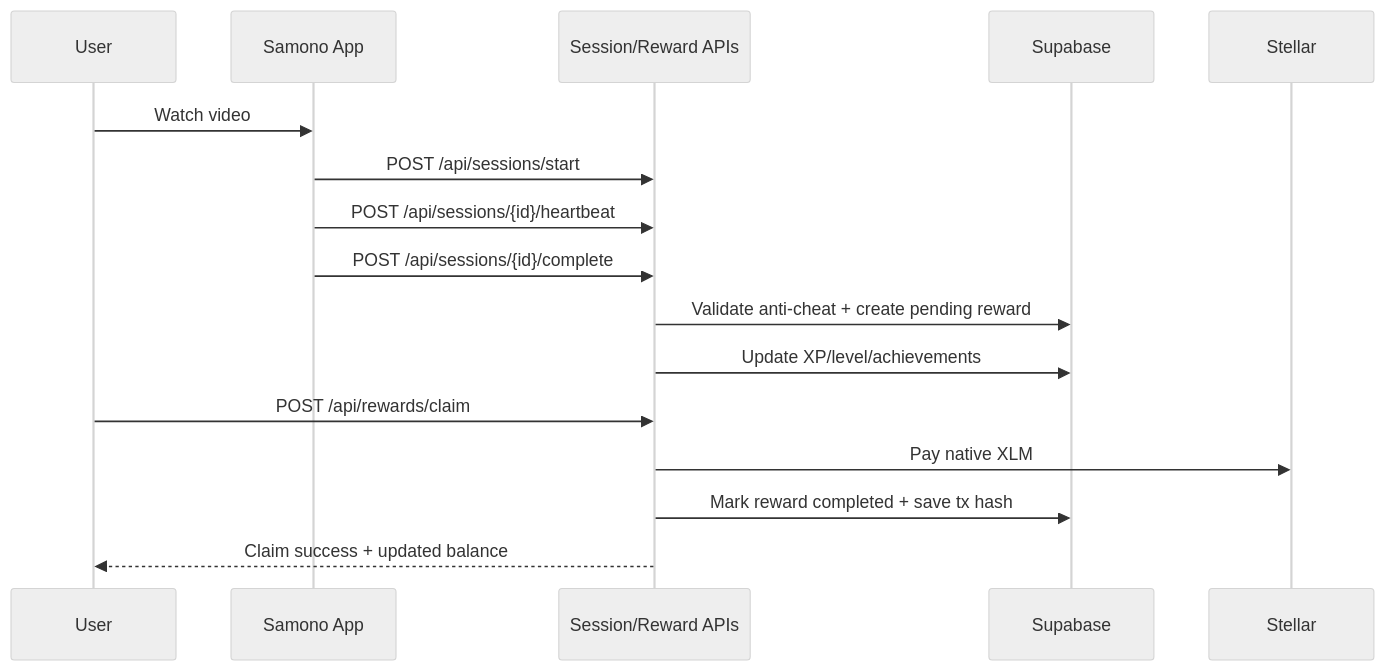
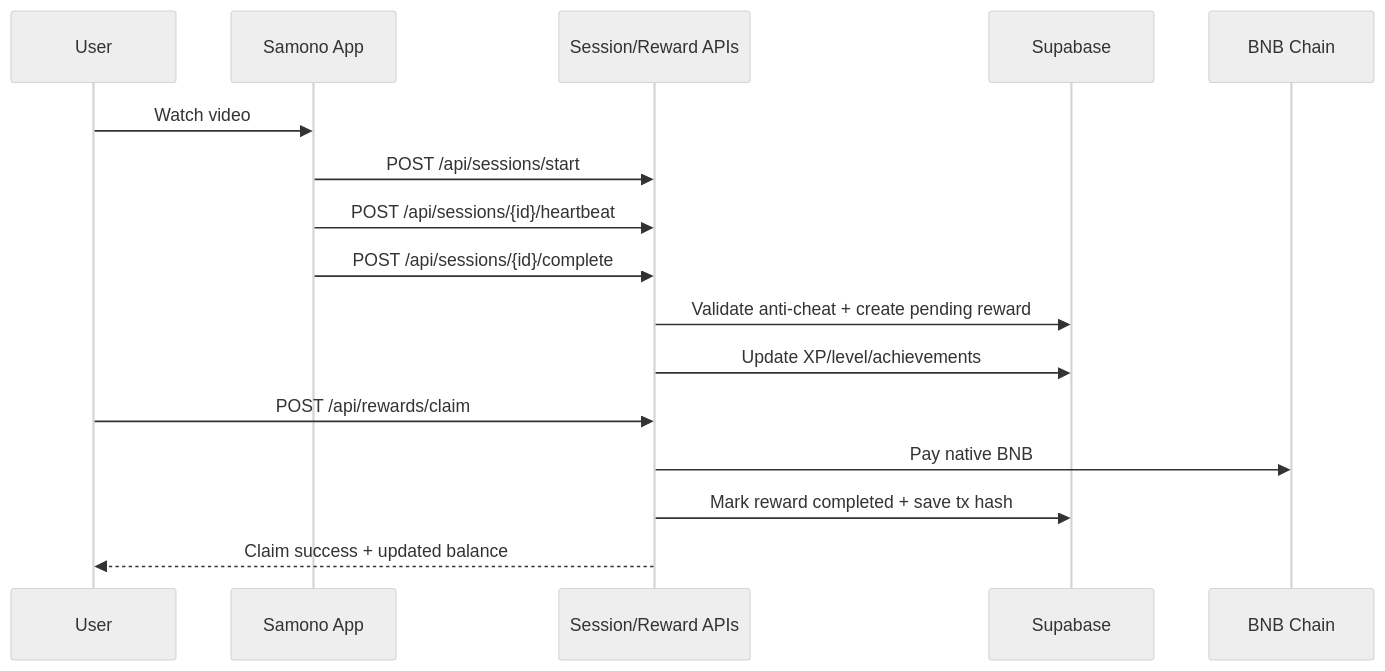
Before and after one commit to artomily/samono: the fourth of 4 diagrams in README.md, drawn with Mermaid (neutral theme). The commit also changed other lines of this file and 46 other files, not shown here.

First line of the commit message:
feat: migrate from Stellar to BNB Smart Chain

````diff
--- a/README.md
+++ b/README.md
@@ -133,19 +129,19 @@
 ```mermaid
 sequenceDiagram
 	participant User
 	participant App as Samono App
 	participant API as Session/Reward APIs
 	participant DB as Supabase
-	participant Chain as Stellar
+	participant Chain as BNB Chain
 
 	User->>App: Watch video
 	App->>API: POST /api/sessions/start
 	App->>API: POST /api/sessions/{id}/heartbeat
 	App->>API: POST /api/sessions/{id}/complete
 	API->>DB: Validate anti-cheat + create pending reward
 	API->>DB: Update XP/level/achievements
 	User->>API: POST /api/rewards/claim
-	API->>Chain: Pay native XLM
+	API->>Chain: Pay native BNB
 	API->>DB: Mark reward completed + save tx hash
 	API-->>User: Claim success + updated balance
 ```
````
